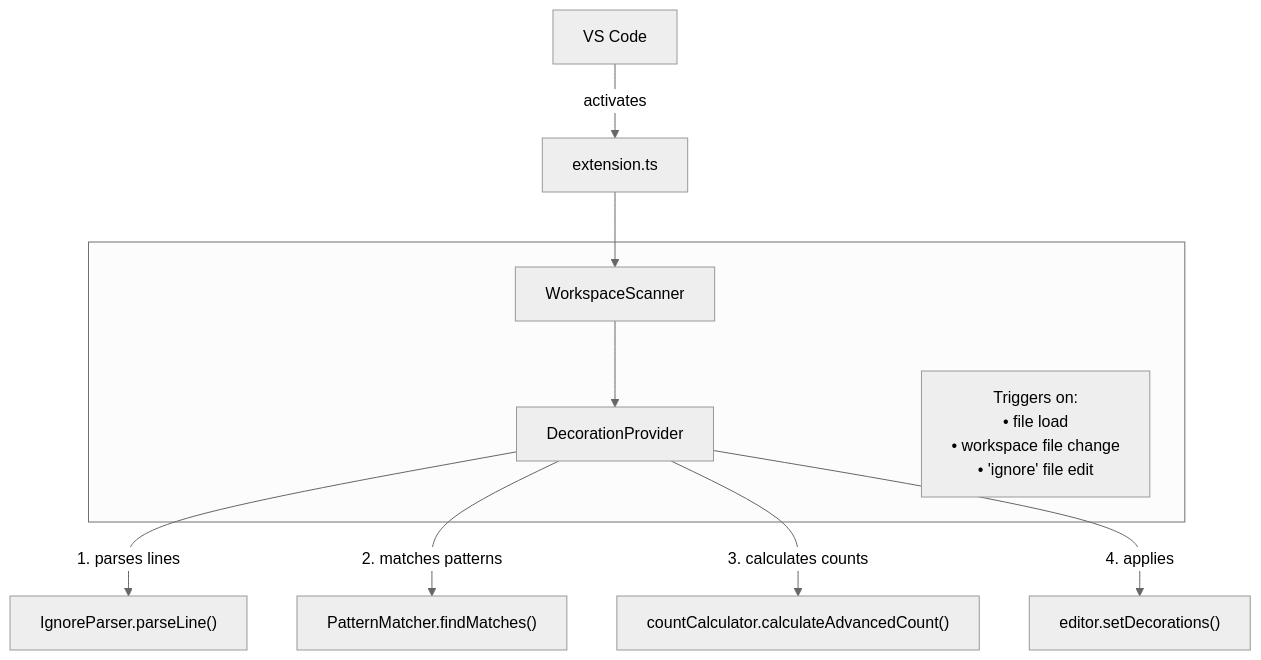
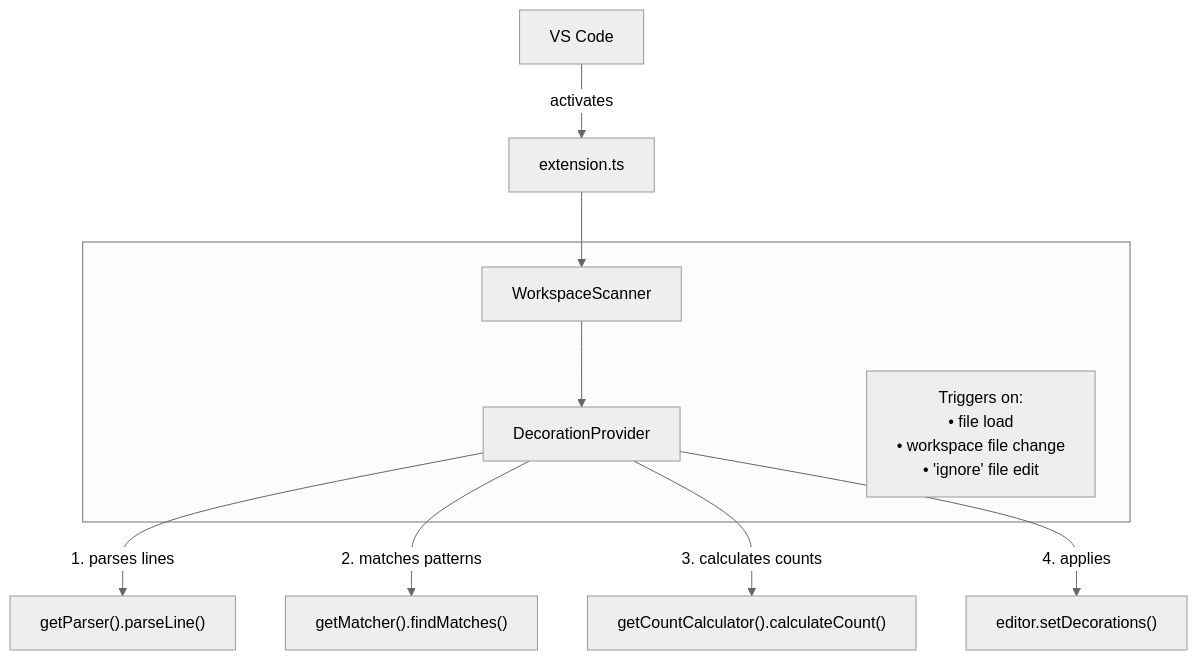
One commit to jasonftl/ignore_lens changed the diagram in docs/flow.md. Above: the diagram before and after it, drawn with Mermaid (neutral theme). The commit also changed other lines of this file and 9 other files, not shown here.

````diff
--- a/docs/flow.md
+++ b/docs/flow.md
@@ -5,16 +5,16 @@
 ```mermaid
 flowchart TD
     A[VS Code] -->|activates| B[extension.ts]
     B --> C
 
     subgraph " "
         C[WorkspaceScanner] --> D[DecorationProvider]
         N["Triggers on:<br>• file load<br>• workspace file change<br>• 'ignore' file edit"]
     end
 
 
-    D -->|1. parses lines| E["IgnoreParser.parseLine()"]
-    D -->|2. matches patterns| F["PatternMatcher.findMatches()"]
-    D -->|3. calculates counts| H["countCalculator.calculateAdvancedCount()"]
+    D -->|1. parses lines| E["getParser().parseLine()"]
+    D -->|2. matches patterns| F["getMatcher().findMatches()"]
+    D -->|3. calculates counts| H["getCountCalculator().calculateCount()"]
     D -->|4. applies| G["editor.setDecorations()"]
 ```
````
